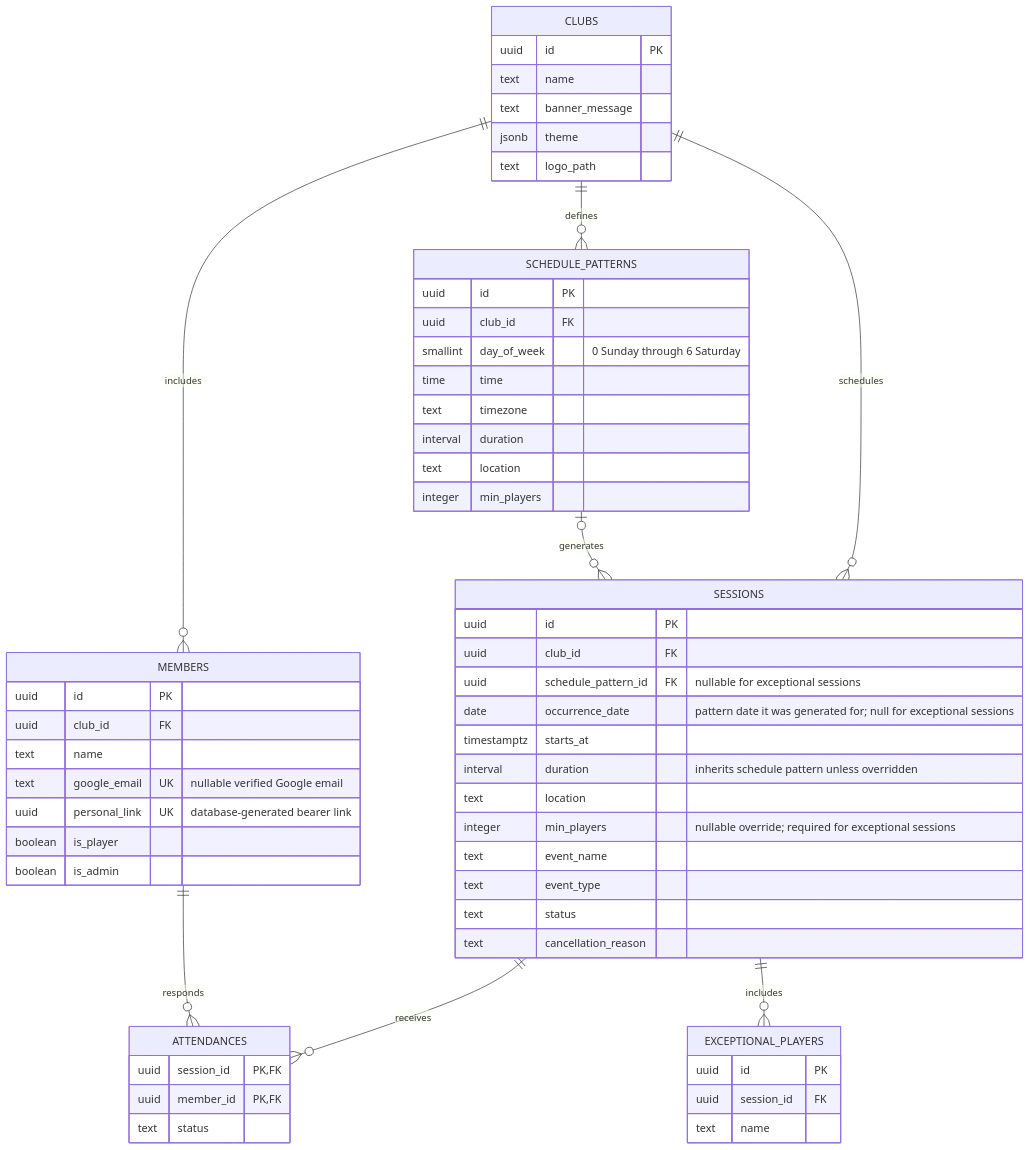
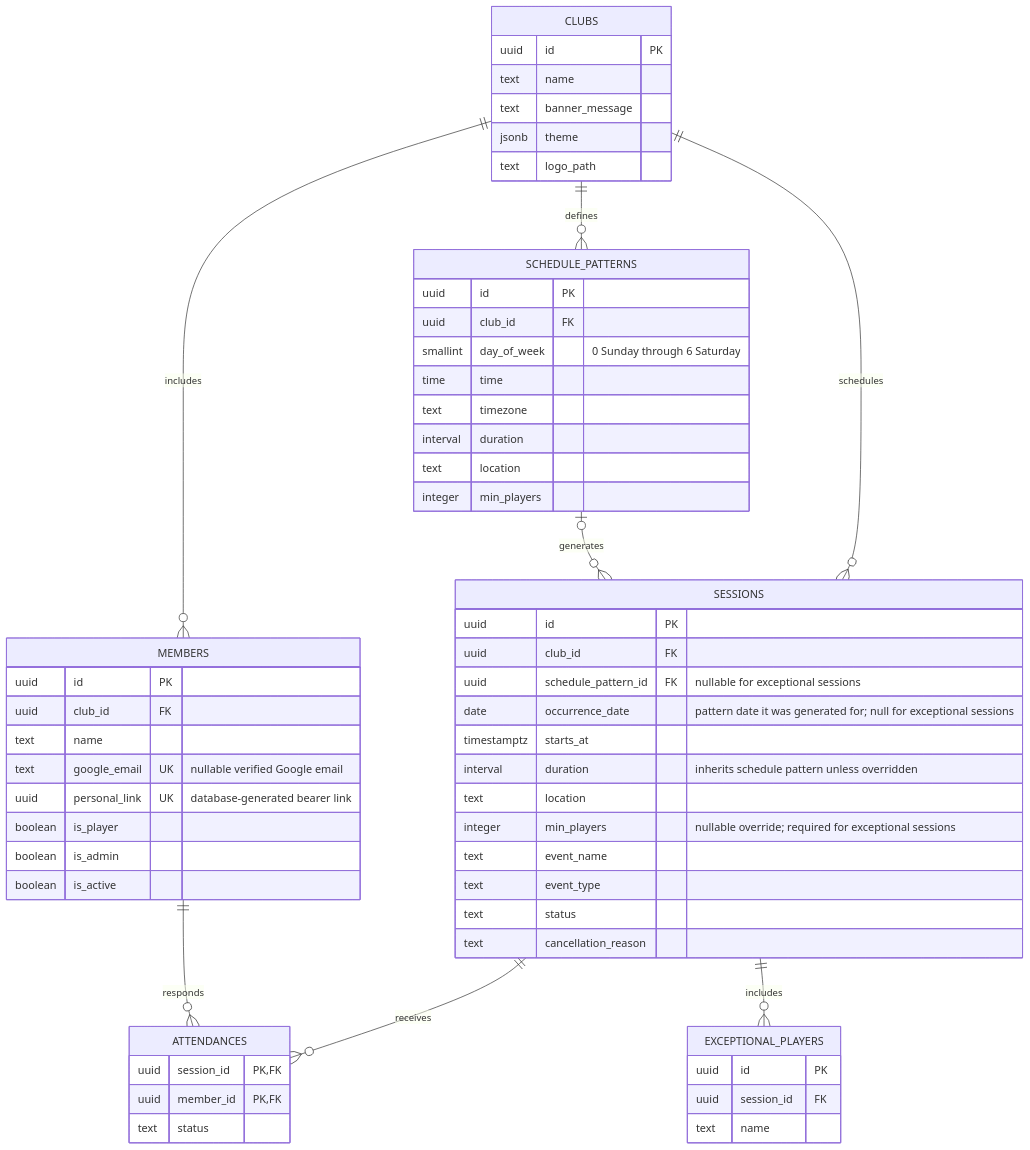
One commit to mikebarais/playcount changed the diagram in documentation/PlayCount_Functional_Requirements_Final.md. Above: the diagram before and after it, drawn with Mermaid. The commit also changed other lines of this file and 6 other files, not shown here.

````diff
--- a/documentation/PlayCount_Functional_Requirements_Final.md
+++ b/documentation/PlayCount_Functional_Requirements_Final.md
@@ -181,66 +186,67 @@
 ```mermaid
 erDiagram
 	CLUBS {
 		uuid id PK
 		text name
 		text banner_message
 		jsonb theme
 		text logo_path
 	}
 
 	MEMBERS {
 		uuid id PK
 		uuid club_id FK
 		text name
 		text google_email UK "nullable verified Google email"
 		uuid personal_link UK "database-generated bearer link"
 		boolean is_player
 		boolean is_admin
+		boolean is_active
 	}
 
 	SCHEDULE_PATTERNS {
 		uuid id PK
 		uuid club_id FK
 		smallint day_of_week "0 Sunday through 6 Saturday"
 		time time
 		text timezone
 		interval duration
 		text location
 		integer min_players
 	}
 
 	SESSIONS {
 		uuid id PK
 		uuid club_id FK
 		uuid schedule_pattern_id FK "nullable for exceptional sessions"
 		date occurrence_date "pattern date it was generated for; null for exceptional sessions"
 		timestamptz starts_at
 		interval duration "inherits schedule pattern unless overridden"
 		text location
 		integer min_players "nullable override; required for exceptional sessions"
 		text event_name
 		text event_type
 		text status
 		text cancellation_reason
 	}
 
 	ATTENDANCES {
 		uuid session_id PK, FK
 		uuid member_id PK, FK
 		text status
 	}
 
 	EXCEPTIONAL_PLAYERS {
 		uuid id PK
 		uuid session_id FK
 		text name
 	}
 
 	CLUBS ||--o{ MEMBERS : includes
 	CLUBS ||--o{ SCHEDULE_PATTERNS : defines
 	SCHEDULE_PATTERNS o|--o{ SESSIONS : generates
 	CLUBS ||--o{ SESSIONS : schedules
 	SESSIONS ||--o{ ATTENDANCES : receives
 	MEMBERS ||--o{ ATTENDANCES : responds
 	SESSIONS ||--o{ EXCEPTIONAL_PLAYERS : includes
 ```
````
